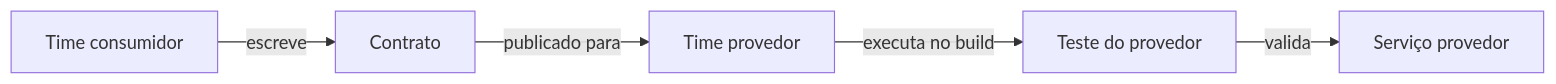
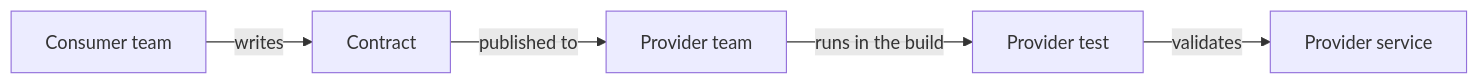
The diagram in docs/architecture/microservices/testing/consumer-driven-contract-test.md (alancesar/design-patterns), drawn with Mermaid before and after one commit. The commit also changed 258 other files, not shown here.

First line of the commit message:
Translate Mermaid diagrams to English

````diff
--- a/docs/architecture/microservices/testing/consumer-driven-contract-test.md
+++ b/docs/architecture/microservices/testing/consumer-driven-contract-test.md
@@ -50,7 +50,7 @@
 ```mermaid
 flowchart LR
-    C["Time consumidor"] -->|"escreve"| K["Contrato"]
-    K -->|"publicado para"| P["Time provedor"]
-    P -->|"executa no build"| T["Teste do provedor"]
-    T -->|"valida"| S["Serviço provedor"]
+    C["Consumer team"] -->|"writes"| K["Contract"]
+    K -->|"published to"| P["Provider team"]
+    P -->|"runs in the build"| T["Provider test"]
+    T -->|"validates"| S["Provider service"]
 ```
````
